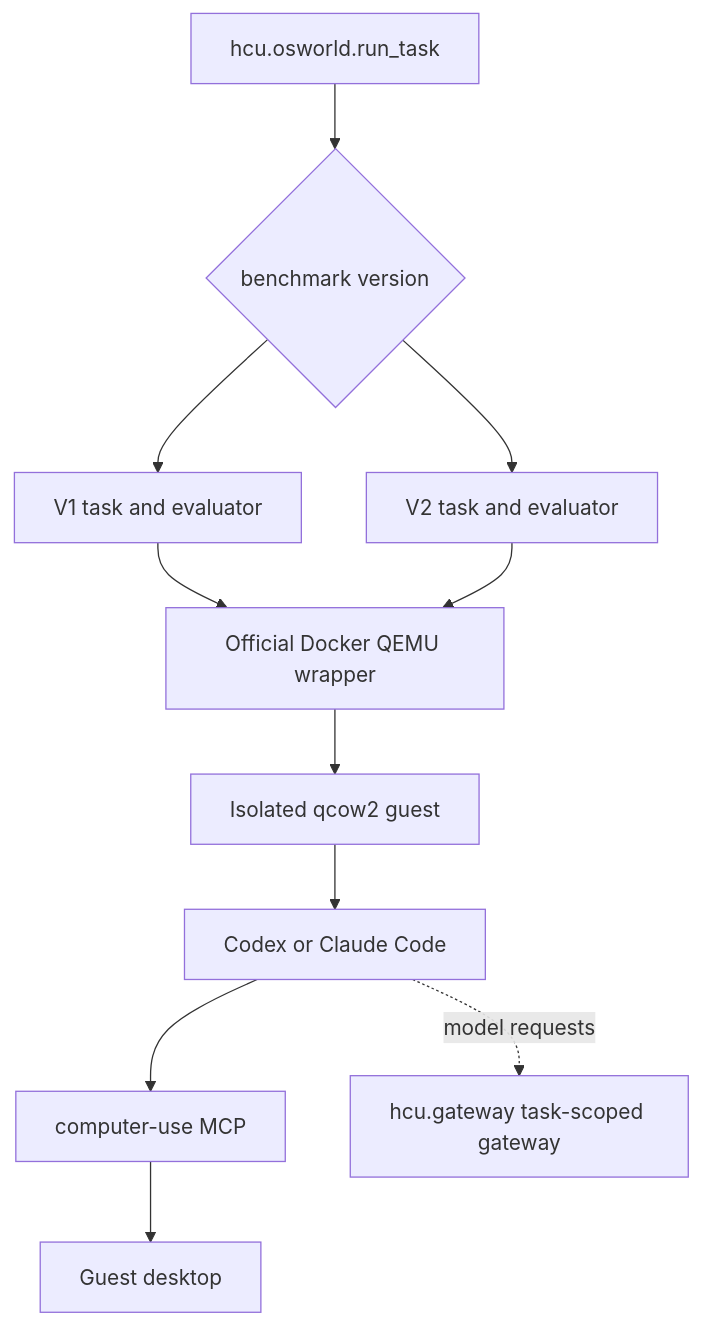
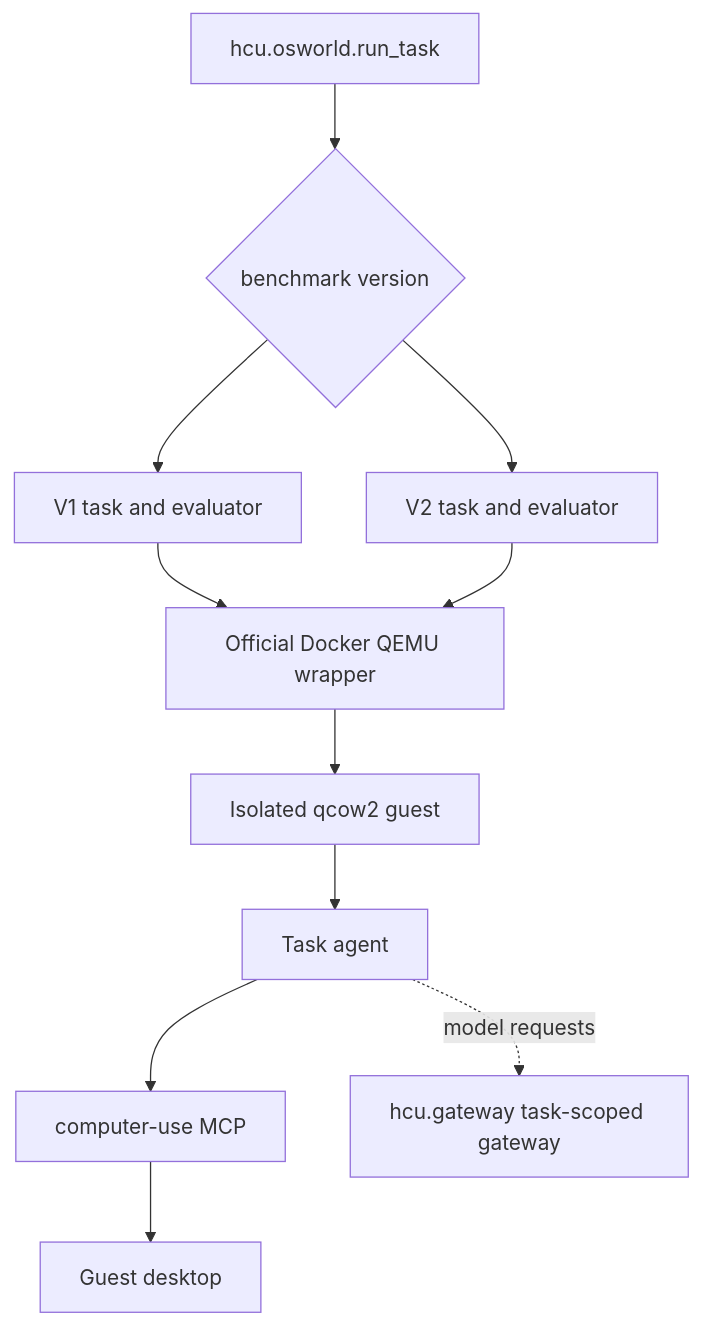
Before and after one commit to hqhq1025/hybrid-computer-use-oss: the first of 2 diagrams in docs/ARCHITECTURE.md, drawn with Mermaid. The commit also changed other lines of this file and 21 other files, not shown here.

````diff
--- a/docs/ARCHITECTURE.md
+++ b/docs/ARCHITECTURE.md
@@ -13,13 +13,13 @@
 ```mermaid
 flowchart TB
     R[hcu.osworld.run_task] --> B{benchmark version}
     B --> V1[V1 task and evaluator]
     B --> V2[V2 task and evaluator]
     V1 --> O[Official Docker QEMU wrapper]
     V2 --> O
     O --> Q[Isolated qcow2 guest]
-    Q --> A[Codex or Claude Code]
+    Q --> A[Task agent]
     A --> M[computer-use MCP]
     M --> D[Guest desktop]
     A -.model requests.-> G[hcu.gateway task-scoped gateway]
 ```
````
